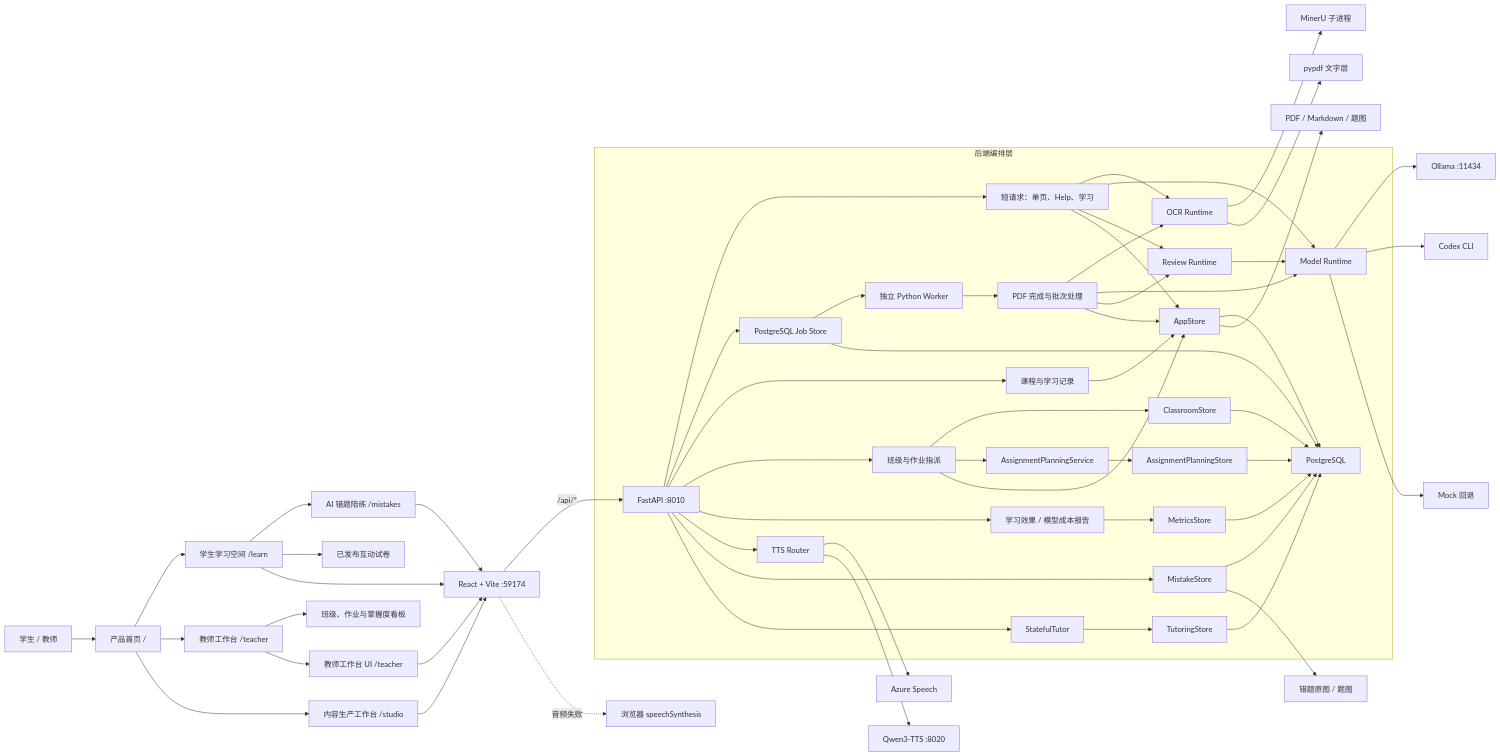
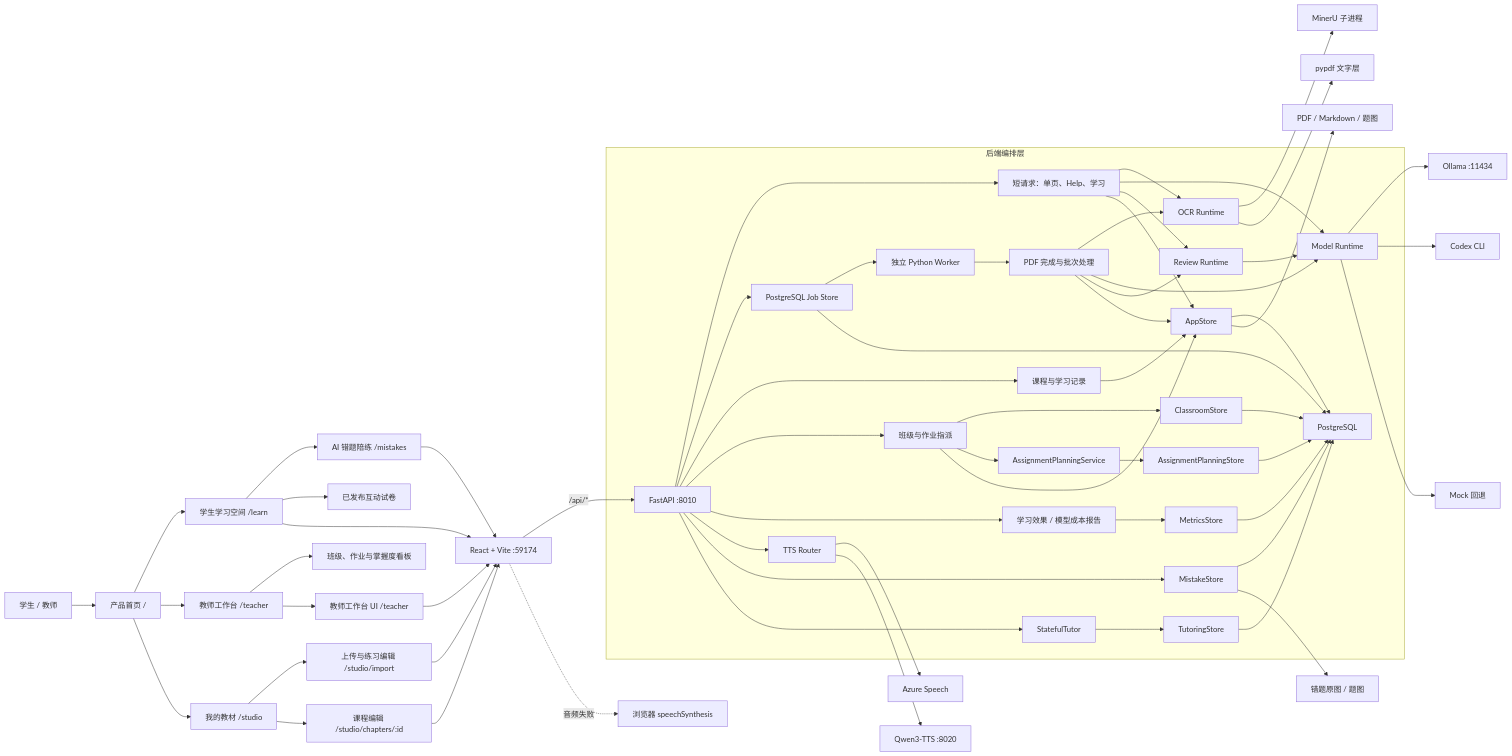
One commit to ningkaikok/dotty-tutor changed the first of 6 diagrams in docs/architecture.md. Above: the diagram before and after it, drawn with Mermaid. The commit also changed other lines of this file and 27 other files, not shown here.

````diff
--- a/docs/architecture.md
+++ b/docs/architecture.md
@@ -12,63 +12,66 @@
 ```mermaid
 flowchart LR
   User["学生 / 教师"] --> Home["产品首页 /"]
   Home --> Student["学生学习空间 /learn"]
   Home --> Teacher["教师工作台 /teacher"]
-  Home --> Studio["内容生产工作台 /studio"]
+  Home --> Studio["我的教材 /studio"]
   Student --> Mistakes["AI 错题陪练 /mistakes"]
   Student --> Papers["已发布互动试卷"]
   Teacher --> Classroom["班级、作业与掌握度看板"]
   Teacher --> TeacherWeb["教师工作台 UI /teacher"]
-  Studio --> Web["React + Vite :59174"]
+  Studio --> Import["上传与练习编辑 /studio/import"]
+  Studio --> Chapters["课程编辑 /studio/chapters/:id"]
+  Import --> Web["React + Vite :59174"]
+  Chapters --> Web
   Student --> Web
   TeacherWeb --> Web
   Mistakes --> Web
   Web -->|"/api/*"| API["FastAPI :8010"]
 
   subgraph Backend["后端编排层"]
     API --> Pipeline["短请求：单页、Help、学习"]
     API --> JobStore["PostgreSQL Job Store"]
     JobStore --> Worker["独立 Python Worker"]
     Worker --> Processing["PDF 完成与批次处理"]
     API --> Learning["课程与学习记录"]
     API --> ClassroomAPI["班级与作业指派"]
     ClassroomAPI --> ClassroomStore["ClassroomStore"]
     ClassroomAPI --> Planning["AssignmentPlanningService"]
     Planning --> PlanningStore["AssignmentPlanningStore"]
     API --> Metrics["学习效果 / 模型成本报告"]
     Pipeline --> OCR["OCR Runtime"]
     Pipeline --> Model["Model Runtime"]
     Pipeline --> Review["Review Runtime"]
     Pipeline --> Store["AppStore"]
     Processing --> OCR
     Processing --> Model
     Processing --> Review
     Processing --> Store
     Learning --> Store
     ClassroomAPI --> Store
     ClassroomStore --> PostgreSQL
     PlanningStore --> PostgreSQL
     Metrics --> MetricsStore["MetricsStore"]
     API --> TTS["TTS Router"]
     API --> MistakeStore["MistakeStore"]
     API --> Tutor["StatefulTutor"]
     Tutor --> ThreadStore["TutoringStore"]
     Review --> Model
   end
 
   OCR --> MinerU["MinerU 子进程"]
   OCR --> PyPDF["pypdf 文字层"]
   Model --> Ollama["Ollama :11434"]
   Model --> Codex["Codex CLI"]
   Model --> Mock["Mock 回退"]
   Store --> PostgreSQL["PostgreSQL"]
   JobStore --> PostgreSQL
   MistakeStore --> PostgreSQL
   ThreadStore --> PostgreSQL
   MetricsStore --> PostgreSQL
   MistakeStore --> MistakeFiles["错题原图 / 题图"]
   Store --> Files["PDF / Markdown / 题图"]
   TTS --> Azure["Azure Speech"]
   TTS --> Qwen["Qwen3-TTS :8020"]
   Web -. "音频失败" .-> BrowserTTS["浏览器 speechSynthesis"]
 ```
````
